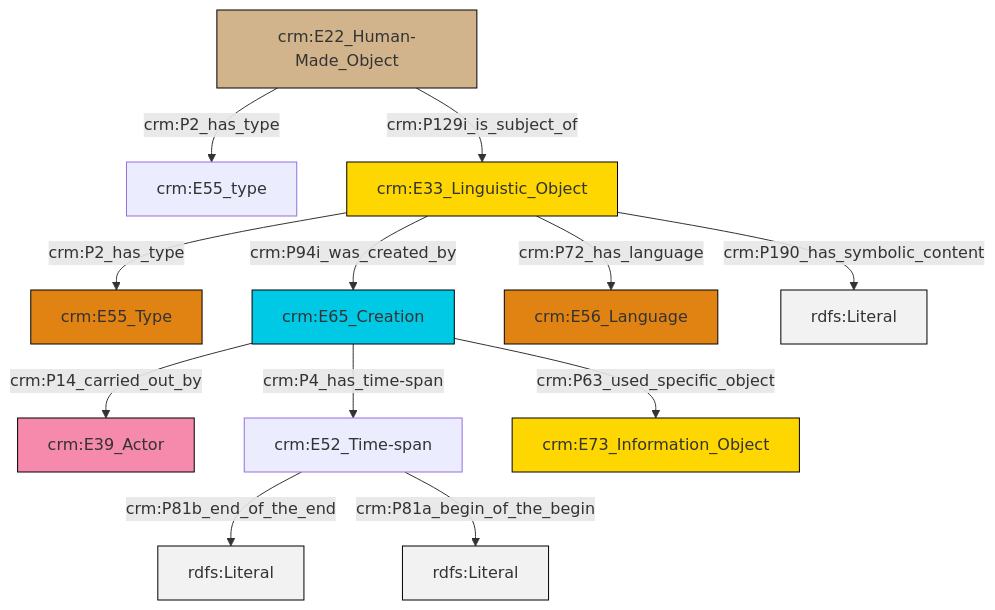
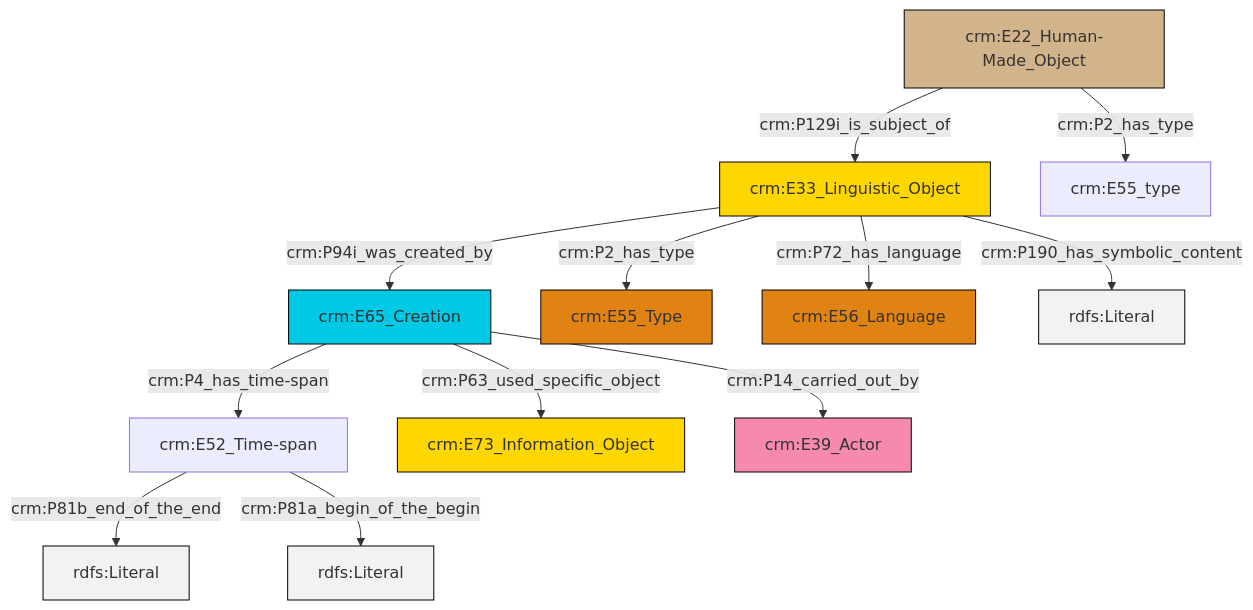
Before and after one commit to swiss-art-research-net/docs.swissartresearch: the diagram in et/builtWorkCSV/ttl/mmd/Built_Work_description.ttl.mmd, drawn with Mermaid. The commit also changed 177 other files, not shown here.

```diff
--- a/et/builtWorkCSV/ttl/mmd/Built_Work_description.ttl.mmd
+++ b/et/builtWorkCSV/ttl/mmd/Built_Work_description.ttl.mmd
@@ -1,26 +1,26 @@
 graph TD
 classDef Literal fill:#f2f2f2,stroke:#000000;
 classDef CRM_Entity fill:#FFFFFF,stroke:#000000;
 classDef Temporal_Entity fill:#00C9E6, stroke:#000000;
 classDef Type fill:#E18312, stroke:#000000;
 classDef Time-Span fill:#2C9C91, stroke:#000000;
 classDef Appellation fill:#FFEB7F, stroke:#000000;
 classDef Place fill:#008836, stroke:#000000;
 classDef Persistent_Item fill:#B266B2, stroke:#000000;
 classDef Conceptual_Object fill:#FFD700, stroke:#000000;
 classDef Physical_Thing fill:#D2B48C, stroke:#000000;
 classDef Actor fill:#f58aad, stroke:#000000;
 classDef PC_Classes fill:#4ce600, stroke:#000000;
 classDef Multi fill:#cccccc,stroke:#000000;
 
-6["crm:E52_Time-span"]:::Default -->|crm:P81b_end_of_the_end| 7[rdfs:Literal]:::Literal
-12["crm:E33_Linguistic_Object"]:::Conceptual_Object -->|crm:P94i_was_created_by| 13["crm:E65_Creation"]:::Temporal_Entity
-0["crm:E22_Human-Made_Object"]:::Physical_Thing -->|crm:P129i_is_subject_of| 12["crm:E33_Linguistic_Object"]:::Conceptual_Object
-12["crm:E33_Linguistic_Object"]:::Conceptual_Object -->|crm:P72_has_language| 17["crm:E56_Language"]:::Type
-12["crm:E33_Linguistic_Object"]:::Conceptual_Object -->|crm:P2_has_type| 4["crm:E55_Type"]:::Type
-6["crm:E52_Time-span"]:::Default -->|crm:P81a_begin_of_the_begin| 19[rdfs:Literal]:::Literal
-0["crm:E22_Human-Made_Object"]:::Physical_Thing -->|crm:P2_has_type| 10["crm:E55_type"]:::Default
-13["crm:E65_Creation"]:::Temporal_Entity -->|crm:P14_carried_out_by| 2["crm:E39_Actor"]:::Actor
-13["crm:E65_Creation"]:::Temporal_Entity -->|crm:P63_used_specific_object| 8["crm:E73_Information_Object"]:::Conceptual_Object
-13["crm:E65_Creation"]:::Temporal_Entity -->|crm:P4_has_time-span| 6["crm:E52_Time-span"]:::Default
-12["crm:E33_Linguistic_Object"]:::Conceptual_Object -->|crm:P190_has_symbolic_content| 20[rdfs:Literal]:::Literal
+0["crm:E65_Creation"]:::Temporal_Entity -->|crm:P4_has_time-span| 1["crm:E52_Time-span"]:::Default
+2["crm:E33_Linguistic_Object"]:::Conceptual_Object -->|crm:P2_has_type| 3["crm:E55_Type"]:::Type
+0["crm:E65_Creation"]:::Temporal_Entity -->|crm:P63_used_specific_object| 6["crm:E73_Information_Object"]:::Conceptual_Object
+9["crm:E22_Human-Made_Object"]:::Physical_Thing -->|crm:P129i_is_subject_of| 2["crm:E33_Linguistic_Object"]:::Conceptual_Object
+2["crm:E33_Linguistic_Object"]:::Conceptual_Object -->|crm:P72_has_language| 7["crm:E56_Language"]:::Type
+9["crm:E22_Human-Made_Object"]:::Physical_Thing -->|crm:P2_has_type| 4["crm:E55_type"]:::Default
+2["crm:E33_Linguistic_Object"]:::Conceptual_Object -->|crm:P94i_was_created_by| 0["crm:E65_Creation"]:::Temporal_Entity
+1["crm:E52_Time-span"]:::Default -->|crm:P81b_end_of_the_end| 14[rdfs:Literal]:::Literal
+0["crm:E65_Creation"]:::Temporal_Entity -->|crm:P14_carried_out_by| 16["crm:E39_Actor"]:::Actor
+2["crm:E33_Linguistic_Object"]:::Conceptual_Object -->|crm:P190_has_symbolic_content| 18[rdfs:Literal]:::Literal
+1["crm:E52_Time-span"]:::Default -->|crm:P81a_begin_of_the_begin| 20[rdfs:Literal]:::Literal
```
